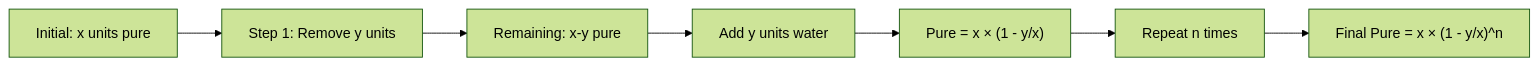
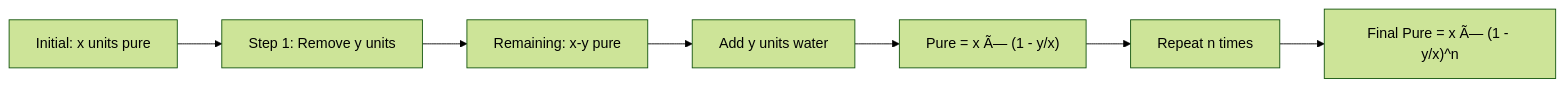
One commit to Raushan666java/ai-engineering-journey changed the fifth of 10 diagrams in docs/courses/quantitative-aptitude/02-advanced-arithmetic.md. Above: the diagram before and after it, drawn with Mermaid (forest theme). The commit also changed other lines of this file and 735 other files, not shown here.

````diff
--- a/docs/courses/quantitative-aptitude/02-advanced-arithmetic.md
+++ b/docs/courses/quantitative-aptitude/02-advanced-arithmetic.md
@@ -464,9 +464,9 @@
 ```mermaid
 flowchart LR
     A["Initial: x units pure"] --> B["Step 1: Remove y units"]
     B --> C["Remaining: x-y pure"]
     C --> D["Add y units water"]
-    D --> E["Pure = x × (1 - y/x)"]
+    D --> E["Pure = x Ã— (1 - y/x)"]
     E --> F["Repeat n times"]
-    F --> G["Final Pure = x × (1 - y/x)^n"]
+    F --> G["Final Pure = x Ã— (1 - y/x)^n"]
 ```
````
